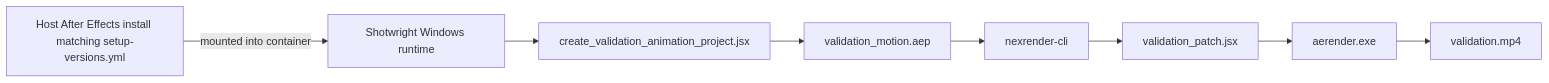
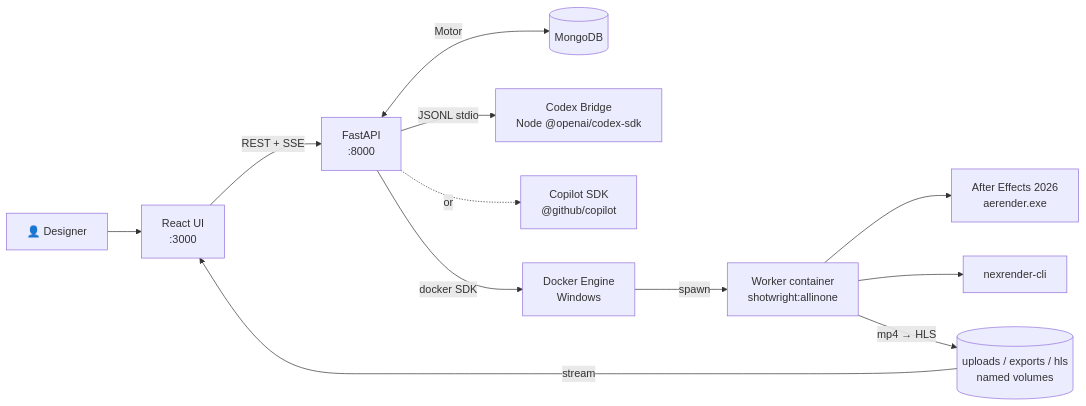
Before and after one commit to machinepulse-ai/shotwright: the diagram in README.md, drawn with Mermaid. The commit also changed other lines of this file and 12 other files, not shown here.

````diff
--- a/README.md
+++ b/README.md
@@ -87,10 +195,14 @@
 ```mermaid
 flowchart LR
-		H[Host After Effects install matching setup-versions.yml] -->|mounted into container| C[Shotwright Windows runtime]
-		C --> P[create_validation_animation_project.jsx]
-		P --> A[validation_motion.aep]
-		A --> N[nexrender-cli]
-		N --> S[validation_patch.jsx]
-		S --> R[aerender.exe]
-		R --> M[validation.mp4]
+	U[👤 Designer] --> FE[React UI<br/>:3000]
+	FE -->|REST + SSE| BE[FastAPI<br/>:8000]
+	BE <-->|Motor| DB[(MongoDB)]
+	BE -->|JSONL stdio| CB[Codex Bridge<br/>Node @openai/codex-sdk]
+	BE -.->|or| CP[Copilot SDK<br/>@github/copilot]
+	BE -->|docker SDK| DK[Docker Engine<br/>Windows]
+	DK -->|spawn| WK[Worker container<br/>shotwright:allinone]
+	WK --> AE[After Effects 2026<br/>aerender.exe]
+	WK --> NX[nexrender-cli]
+	WK -->|mp4 → HLS| FS[(uploads / exports / hls<br/>named volumes)]
+	FS -->|stream| FE
 ```
````
